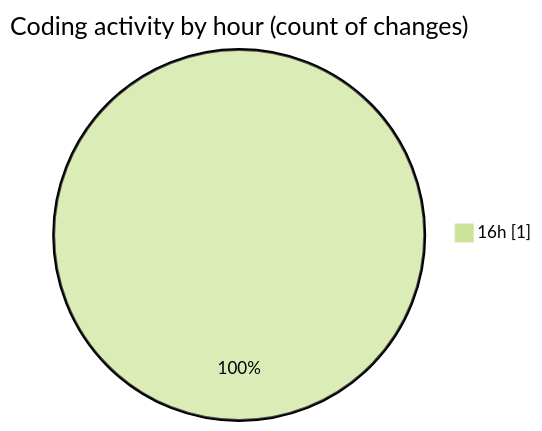
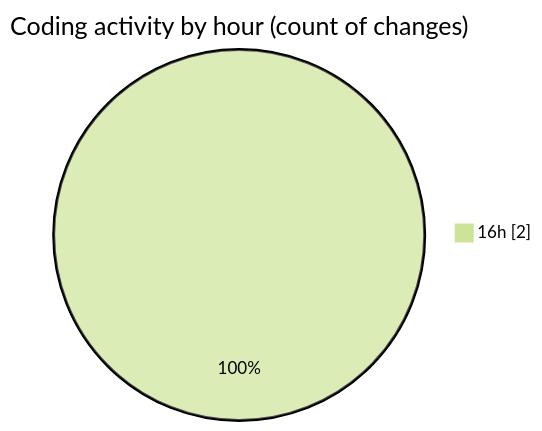
Before and after one commit to NitaiMahat/code-tracking: the second of 2 diagrams in 2025-03-30/startfiles/README.md, drawn with Mermaid (forest theme). The commit also changed other lines of this file and 1 other file, not shown here.

````diff
--- a/2025-03-30/startfiles/README.md
+++ b/2025-03-30/startfiles/README.md
@@ -28,5 +28,5 @@
 ```mermaid
 pie showData
 title Coding activity by hour (count of changes)
-"16h" : 1
+"16h" : 2
 ```
````
